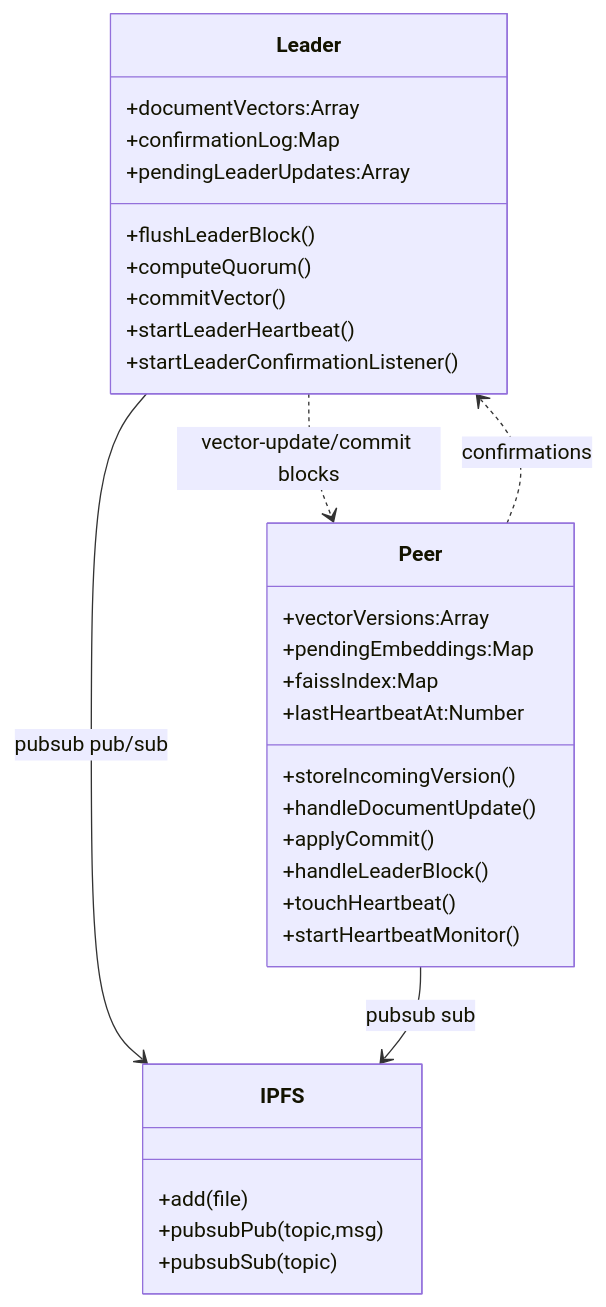
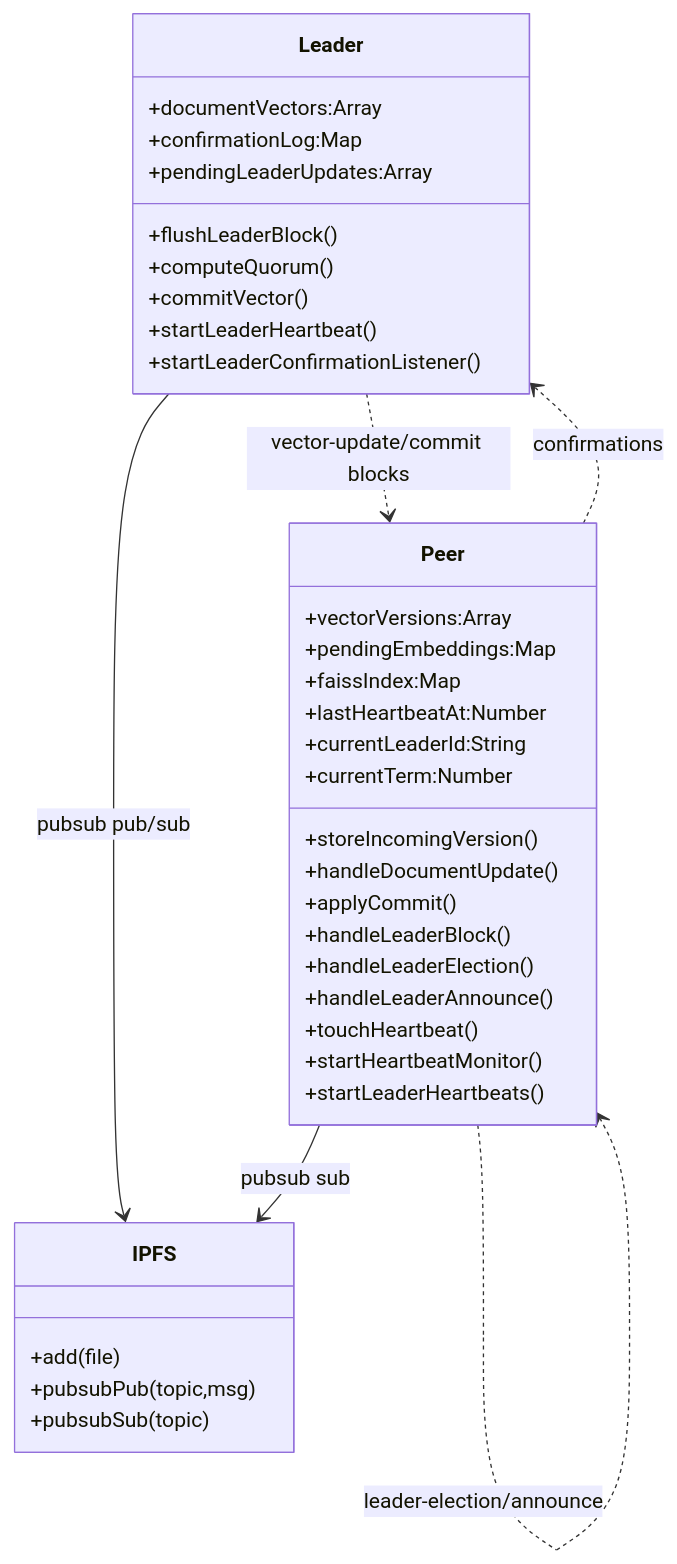
One commit to fhcolaco/SDt changed the first of 2 diagrams in docs/architecture.md. Above: the diagram before and after it, drawn with Mermaid. The commit also changed other lines of this file and 2 other files, not shown here.

````diff
--- a/docs/architecture.md
+++ b/docs/architecture.md
@@ -9,37 +15,43 @@
 ```mermaid
 classDiagram
   class Leader {
     +documentVectors:Array
     +confirmationLog:Map
     +pendingLeaderUpdates:Array
     +flushLeaderBlock()
     +computeQuorum()
     +commitVector()
     +startLeaderHeartbeat()
     +startLeaderConfirmationListener()
   }
 
   class Peer {
     +vectorVersions:Array
     +pendingEmbeddings:Map
     +faissIndex:Map
     +lastHeartbeatAt:Number
+    +currentLeaderId:String
+    +currentTerm:Number
     +storeIncomingVersion()
     +handleDocumentUpdate()
     +applyCommit()
     +handleLeaderBlock()
+    +handleLeaderElection()
+    +handleLeaderAnnounce()
     +touchHeartbeat()
     +startHeartbeatMonitor()
+    +startLeaderHeartbeats()
   }
 
   class IPFS {
     +add(file)
     +pubsubPub(topic,msg)
     +pubsubSub(topic)
   }
 
   Leader --> IPFS : pubsub pub/sub
   Peer --> IPFS : pubsub sub
   Leader ..> Peer : vector-update/commit blocks
   Peer ..> Leader : confirmations
+  Peer ..> Peer : leader-election/announce
 ```
````
